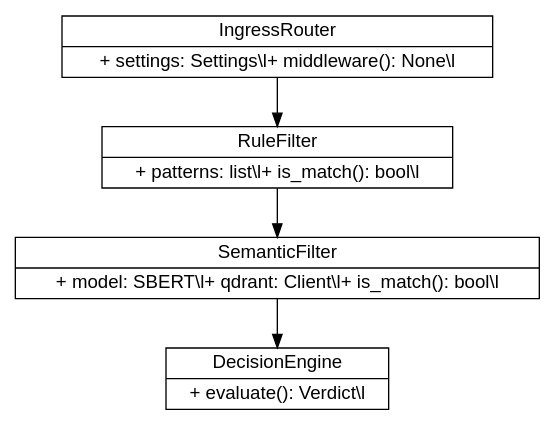
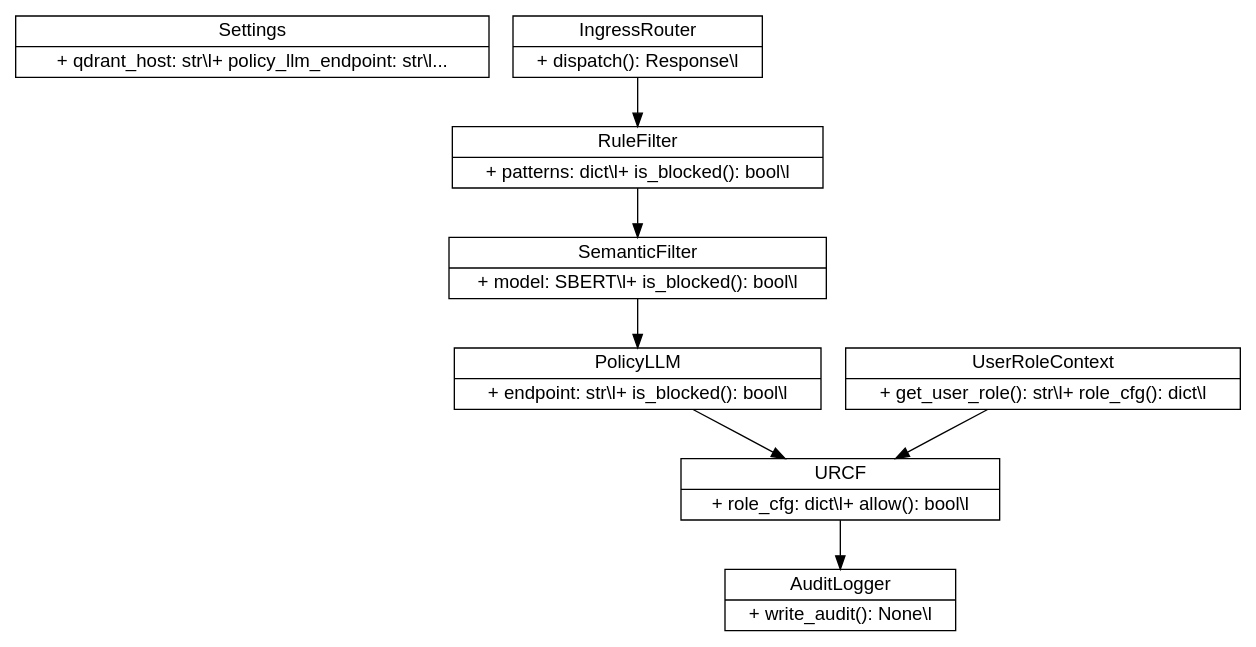
One commit to deepeshguru/guardrail-llm changed the diagram in diagrams/class_diagram.dot. Above: the diagram before and after it, drawn with Graphviz. The commit also changed 34 other files, not shown here.

```diff
--- a/diagrams/class_diagram.dot
+++ b/diagrams/class_diagram.dot
@@ -1,12 +1,22 @@
 digraph class_diagram {
-    rankdir=TB; node [shape=record, fontname=Helvetica];
+    rankdir=TB;
+    node [shape=record, fontname=Helvetica];
 
-    IngressRouter [label="{IngressRouter|+ settings: Settings\\l+ middleware(): None\\l}"];
-    RuleFilter    [label="{RuleFilter|+ patterns: list\\l+ is_match(): bool\\l}"];
-    SemanticFilter[label="{SemanticFilter|+ model: SBERT\\l+ qdrant: Client\\l+ is_match(): bool\\l}"];
-    DecisionEngine[label="{DecisionEngine|+ evaluate(): Verdict\\l}"];
+    Settings      [label="{Settings|+ qdrant_host: str\\l+ policy_llm_endpoint: str\\l...}"];
+    IngressRouter [label="{IngressRouter|+ dispatch(): Response\\l}"];
+
+    RuleFilter    [label="{RuleFilter|+ patterns: dict\\l+ is_blocked(): bool\\l}"];
+    SemanticFilter[label="{SemanticFilter|+ model: SBERT\\l+ is_blocked(): bool\\l}"];
+    PolicyLLM     [label="{PolicyLLM|+ endpoint: str\\l+ is_blocked(): bool\\l}"];
+    URCF          [label="{URCF|+ role_cfg: dict\\l+ allow(): bool\\l}"];
+
+    UserRoleContext [label="{UserRoleContext|+ get_user_role(): str\\l+ role_cfg(): dict\\l}"];
+    AuditLogger     [label="{AuditLogger|+ write_audit(): None\\l}"];
 
     IngressRouter -> RuleFilter
     RuleFilter -> SemanticFilter
-    SemanticFilter -> DecisionEngine
+    SemanticFilter -> PolicyLLM
+    PolicyLLM -> URCF
+    UserRoleContext -> URCF
+    URCF -> AuditLogger
 }
```
